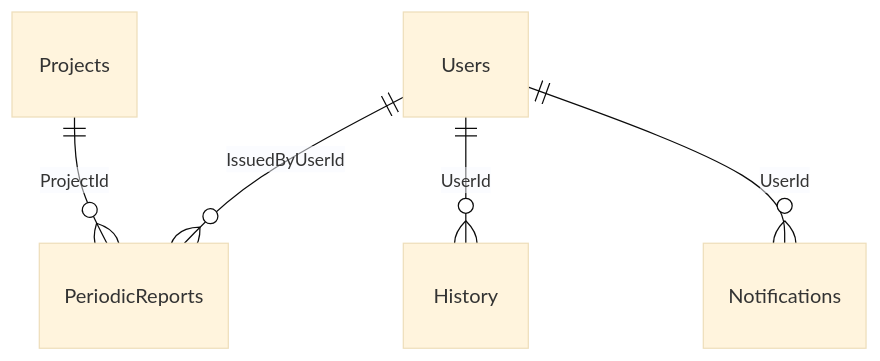
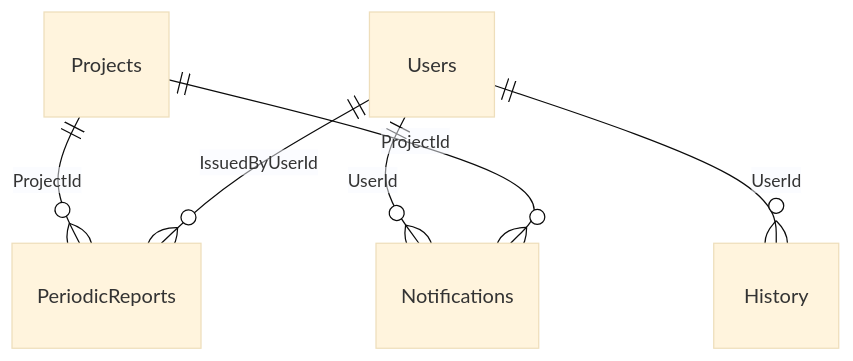
Before and after one commit to MutebAlMughyiri/redix-api: the seventh of 8 diagrams in docs/database.md, drawn with Mermaid (base theme). The commit also changed other lines of this file and 8 other files, not shown here.

````diff
--- a/docs/database.md
+++ b/docs/database.md
@@ -938,7 +938,8 @@
 ```mermaid
 erDiagram
     Projects ||--o{ PeriodicReports : "ProjectId"
     Users ||--o{ PeriodicReports : "IssuedByUserId"
     Users ||--o{ History : "UserId"
     Users ||--o{ Notifications : "UserId"
+    Projects ||--o{ Notifications : "ProjectId"
 ```
````
